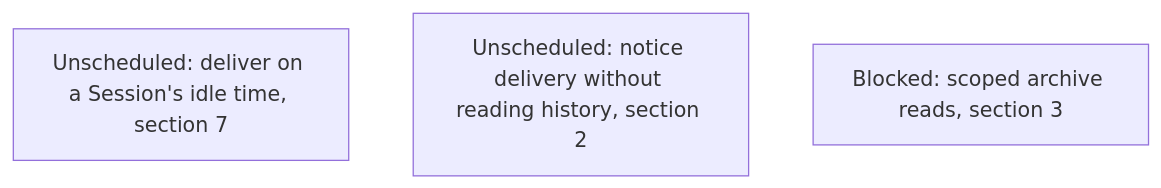
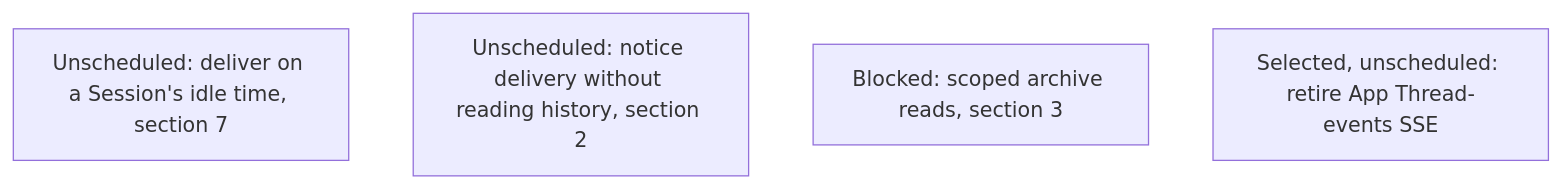
Diagram 13 of 19 in agentplane/plans/task_dag.md (agentydragon/ducktape), drawn with Mermaid before and after one commit. The commit also changed other lines of this file, not shown here.

Commit message:
Track retirement of Thread event SSE

````diff
--- a/agentplane/plans/task_dag.md
+++ b/agentplane/plans/task_dag.md
@@ -2133,6 +2133,7 @@
 ```mermaid
 flowchart TD
     SESSION_ACTIVITY_STREAM[Unscheduled: deliver on a Session's idle time, section 7]
     NOTIFICATION_COMMAND_OUTCOME_DESIGN[Unscheduled: notice delivery without reading history, section 2]
     THREAD_READ_POLICY[Blocked: scoped archive reads, section 3]
+    THREAD_EVENTS_SSE_RETIREMENT[Selected, unscheduled: retire App Thread-events SSE]
 ```
````
